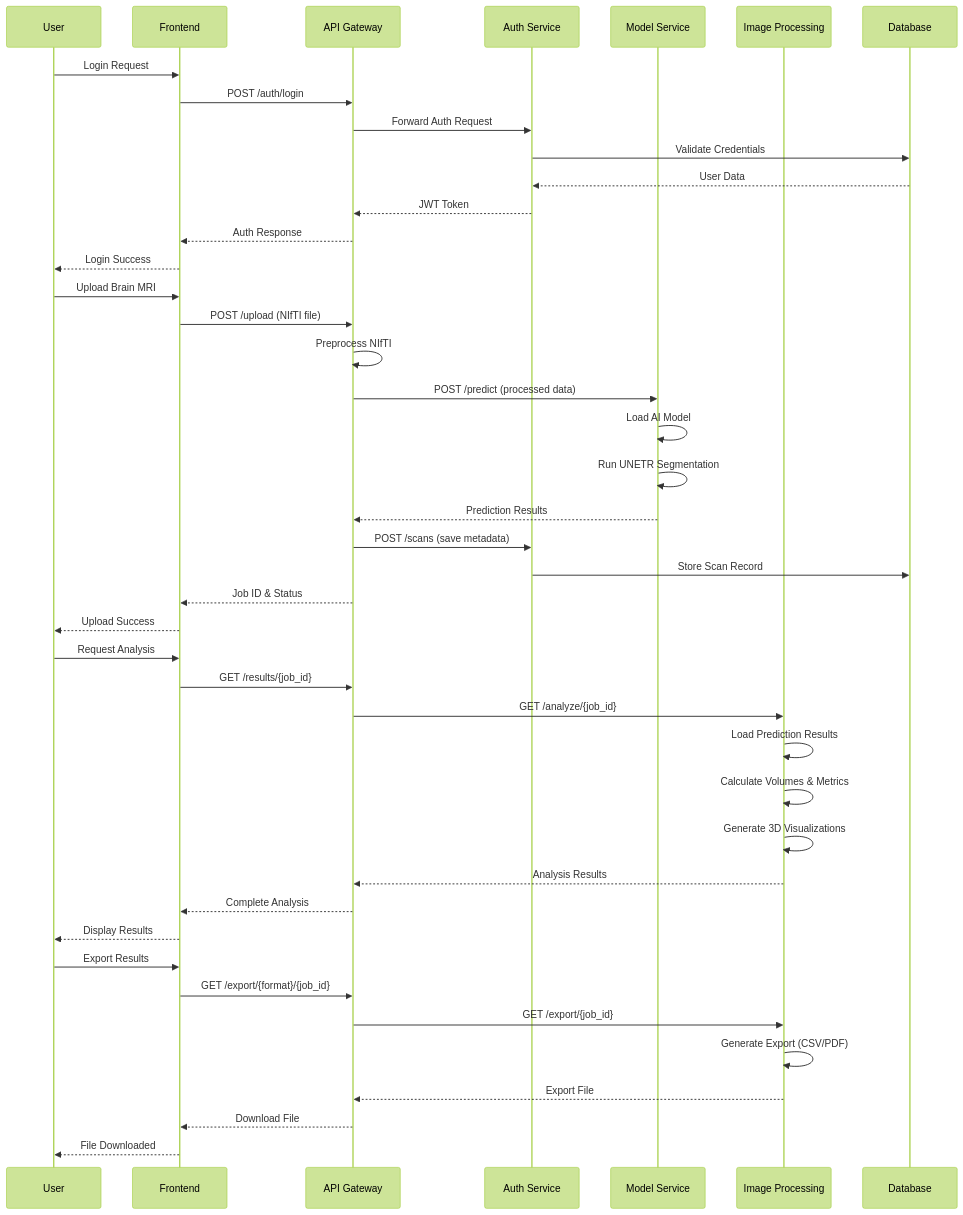
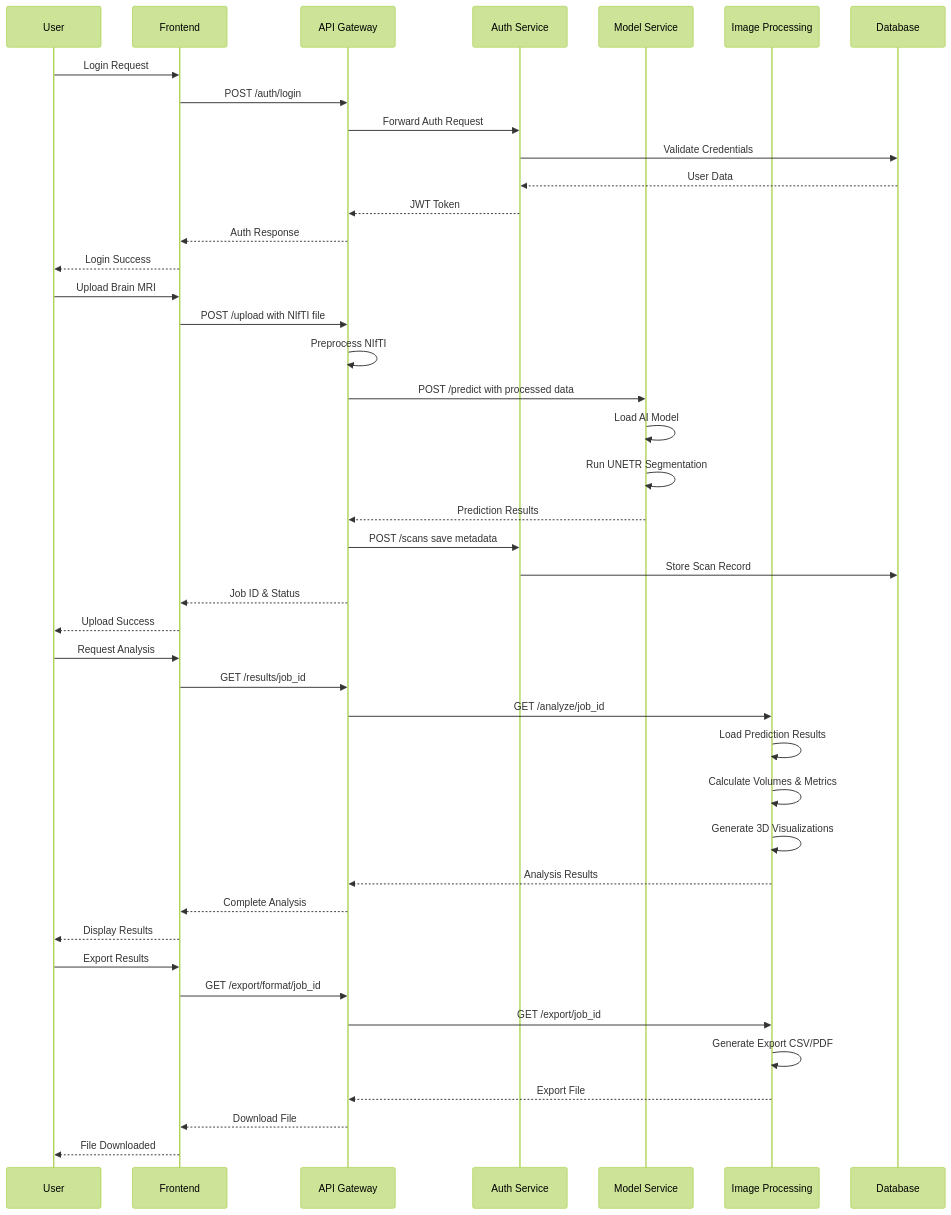
Before and after one commit to dorlib/MET-Project: the second of 4 diagrams in ARCHITECTURE_DIAGRAM.md, drawn with Mermaid (forest theme). The commit also changed other lines of this file, not shown here.

Commit message:
fix mermaid diagram syntax errors

````diff
--- a/ARCHITECTURE_DIAGRAM.md
+++ b/ARCHITECTURE_DIAGRAM.md
@@ -94,53 +94,53 @@
 ```mermaid
 sequenceDiagram
     participant U as User
     participant F as Frontend
     participant G as API Gateway
     participant A as Auth Service
     participant M as Model Service
     participant I as Image Processing
     participant D as Database
 
     %% Authentication Flow
     U->>F: Login Request
     F->>G: POST /auth/login
     G->>A: Forward Auth Request
     A->>D: Validate Credentials
     D-->>A: User Data
     A-->>G: JWT Token
     G-->>F: Auth Response
     F-->>U: Login Success
 
     %% File Upload & Processing Flow
     U->>F: Upload Brain MRI
-    F->>G: POST /upload (NIfTI file)
+    F->>G: POST /upload with NIfTI file
     G->>G: Preprocess NIfTI
-    G->>M: POST /predict (processed data)
+    G->>M: POST /predict with processed data
     M->>M: Load AI Model
     M->>M: Run UNETR Segmentation
     M-->>G: Prediction Results
-    G->>A: POST /scans (save metadata)
+    G->>A: POST /scans save metadata
     A->>D: Store Scan Record
     G-->>F: Job ID & Status
     F-->>U: Upload Success
 
     %% Analysis & Visualization Flow
     U->>F: Request Analysis
-    F->>G: GET /results/{job_id}
-    G->>I: GET /analyze/{job_id}
+    F->>G: GET /results/job_id
+    G->>I: GET /analyze/job_id
     I->>I: Load Prediction Results
     I->>I: Calculate Volumes & Metrics
     I->>I: Generate 3D Visualizations
     I-->>G: Analysis Results
     G-->>F: Complete Analysis
     F-->>U: Display Results
 
     %% Data Export Flow
     U->>F: Export Results
-    F->>G: GET /export/{format}/{job_id}
-    G->>I: GET /export/{job_id}
-    I->>I: Generate Export (CSV/PDF)
+    F->>G: GET /export/format/job_id
+    G->>I: GET /export/job_id
+    I->>I: Generate Export CSV/PDF
     I-->>G: Export File
     G-->>F: Download File
     F-->>U: File Downloaded
 ```
````
